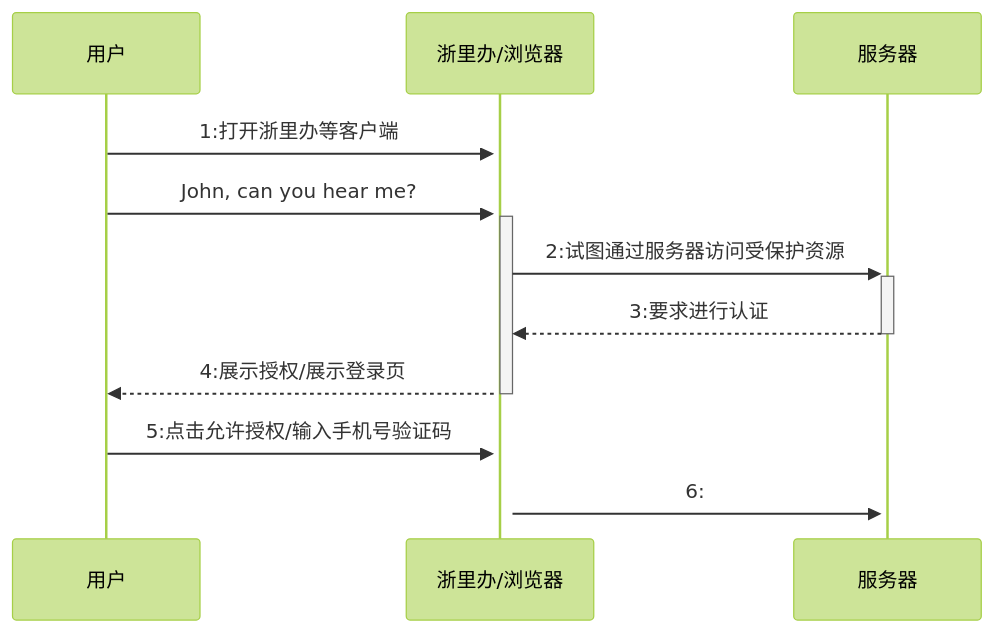
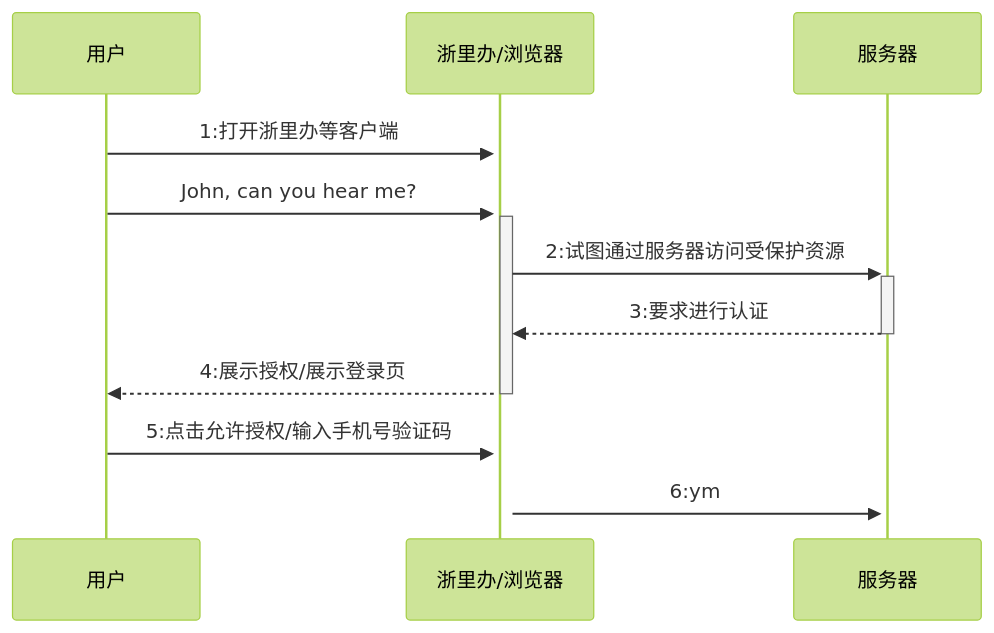
Before and after one commit to fifuntop/iodraw-files: the diagram in all/居民端时序图.md, drawn with Mermaid (forest theme).

Commit message:
2024-03-14 15:08:07 update

````diff
--- a/all/居民端时序图.md
+++ b/all/居民端时序图.md
@@ -1,11 +1,11 @@
 ```mermaid
 sequenceDiagram
     用户->>+浙里办/浏览器: 1:打开浙里办等客户端
     用户->>+浙里办/浏览器: John, can you hear me?
     浙里办/浏览器->>+服务器: 2:试图通过服务器访问受保护资源
     服务器-->>-浙里办/浏览器: 3:要求进行认证
     浙里办/浏览器-->>-用户: 4:展示授权/展示登录页
     用户->>+浙里办/浏览器: 5:点击允许授权/输入手机号验证码
-    浙里办/浏览器->>+服务器: 6:
+    浙里办/浏览器->>+服务器: 6:ym
             
 ```
````
